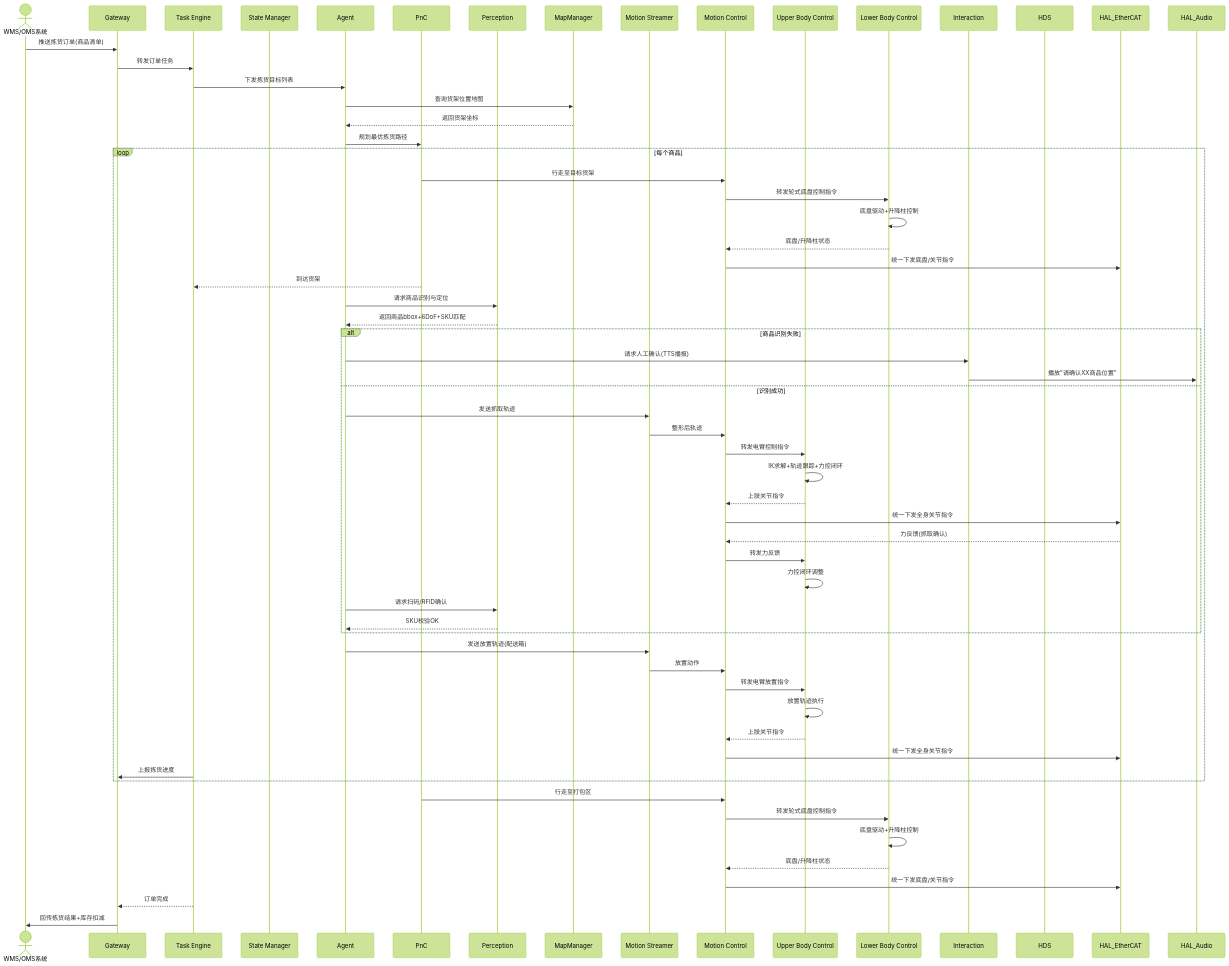
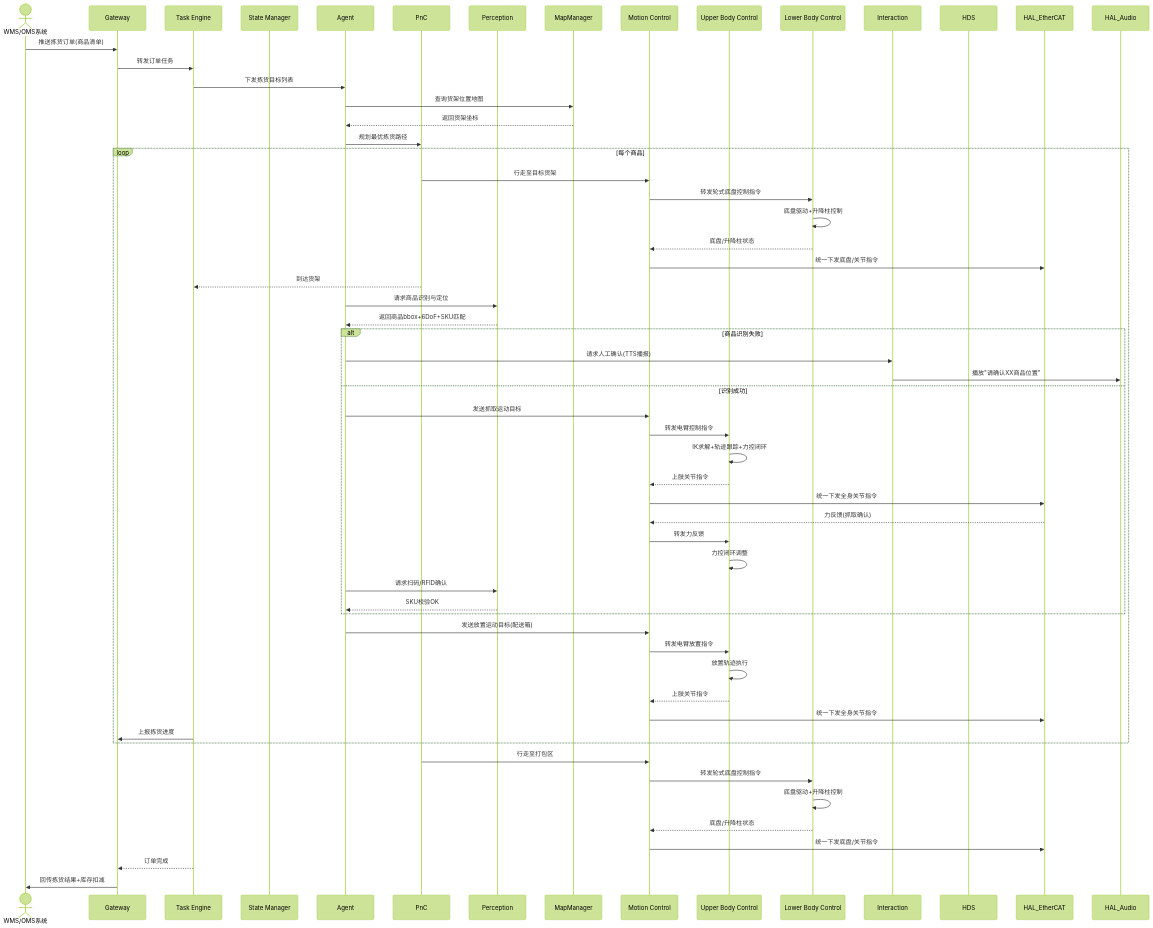
One commit to Tomaxwell/HomoBot changed the diagram in design/use_cases/use_case_03_retail_picking.md. Above: the diagram before and after it, drawn with Mermaid (forest theme). The commit also changed other lines of this file and 66 other files, not shown here.

````diff
--- a/design/use_cases/use_case_03_retail_picking.md
+++ b/design/use_cases/use_case_03_retail_picking.md
@@ -27,70 +27,67 @@
 ```mermaid
 sequenceDiagram
     actor WMS as WMS/OMS系统
     participant Gateway
     participant TE as Task Engine
     participant SM as State Manager
     participant Agent as Agent
     participant PnC as PnC
     participant Perception as Perception
     participant MapManager as MapManager
-    participant MS as Motion Streamer
     participant MC as Motion Control
     participant UC as Upper Body Control
     participant LC as Lower Body Control
     participant Interaction as Interaction
     participant HDS as HDS
 
     WMS->>Gateway: 推送拣货订单(商品清单)
     Gateway->>TE: 转发订单任务
     TE->>Agent: 下发拣货目标列表
     Agent->>MapManager: 查询货架位置地图
     MapManager-->>Agent: 返回货架坐标
     Agent->>PnC: 规划最优拣货路径
 
     loop 每个商品
         PnC->>MC: 行走至目标货架
         MC->>LC: 转发轮式底盘控制指令
         LC->>LC: 底盘驱动+升降柱控制
         LC-->>MC: 底盘/升降柱状态
         MC->>HAL_EtherCAT: 统一下发底盘/关节指令
         PnC-->>TE: 到达货架
 
         Agent->>Perception: 请求商品识别与定位
         Perception-->>Agent: 返回商品bbox+6DoF+SKU匹配
 
         alt 商品识别失败
             Agent->>Interaction: 请求人工确认(TTS播报)
             Interaction->>HAL_Audio: 播放"请确认XX商品位置"
         else 识别成功
-            Agent->>MS: 发送抓取轨迹
-            MS->>MC: 整形后轨迹
+            Agent->>MC: 发送抓取运动目标
             MC->>UC: 转发电臂控制指令
             UC->>UC: IK求解+轨迹跟踪+力控闭环
             UC-->>MC: 上肢关节指令
             MC->>HAL_EtherCAT: 统一下发全身关节指令
             HAL_EtherCAT-->>MC: 力反馈(抓取确认)
             MC->>UC: 转发力反馈
             UC->>UC: 力控闭环调整
 
             Agent->>Perception: 请求扫码/RFID确认
             Perception-->>Agent: SKU校验OK
         end
 
-        Agent->>MS: 发送放置轨迹(配送箱)
-        MS->>MC: 放置动作
+        Agent->>MC: 发送放置运动目标(配送箱)
         MC->>UC: 转发电臂放置指令
         UC->>UC: 放置轨迹执行
         UC-->>MC: 上肢关节指令
         MC->>HAL_EtherCAT: 统一下发全身关节指令
         TE->>Gateway: 上报拣货进度
     end
 
     PnC->>MC: 行走至打包区
     MC->>LC: 转发轮式底盘控制指令
     LC->>LC: 底盘驱动+升降柱控制
     LC-->>MC: 底盘/升降柱状态
     MC->>HAL_EtherCAT: 统一下发底盘/关节指令
     TE-->>Gateway: 订单完成
     Gateway->>WMS: 回传拣货结果+库存扣减
 ```
````
